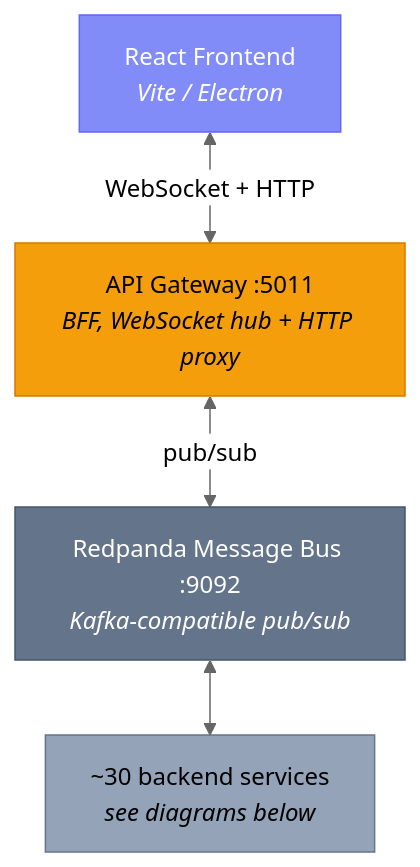
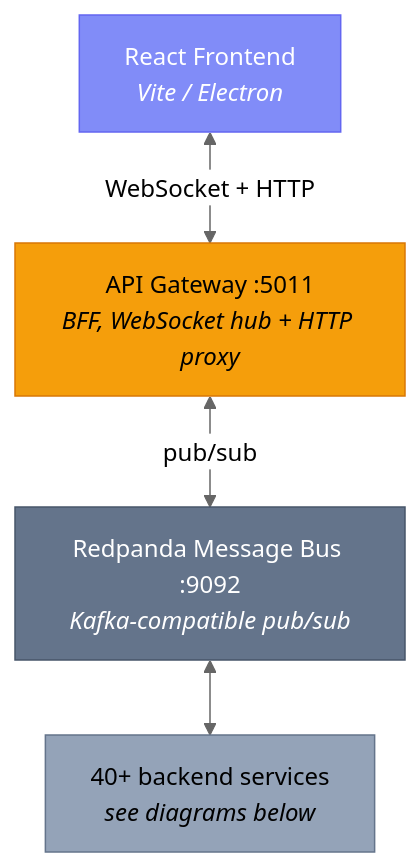
One commit to milesburton/veta-trading-platform changed the second of 8 diagrams in docs/site/src/content/docs/platform/architecture.md. Above: the diagram before and after it, drawn with Mermaid (neutral theme). The commit also changed 3 other files, not shown here.

Commit message:
docs: remove stale hard-coded counts from CI and architecture pages

````diff
--- a/docs/site/src/content/docs/platform/architecture.md
+++ b/docs/site/src/content/docs/platform/architecture.md
@@ -48,16 +48,16 @@
 ```mermaid
 graph TD
     FE["React Frontend<br/><i>Vite / Electron</i>"]:::client
     GW["API Gateway :5011<br/><i>BFF, WebSocket hub + HTTP proxy</i>"]:::gateway
     KAFKA["Redpanda Message Bus :9092<br/><i>Kafka-compatible pub/sub</i>"]:::bus
-    SVCS["~30 backend services<br/><i>see diagrams below</i>"]:::support
+    SVCS["40+ backend services<br/><i>see diagrams below</i>"]:::support
 
     FE <-->|"WebSocket + HTTP"| GW
     GW <-->|"pub/sub"| KAFKA
     KAFKA <--> SVCS
 
     classDef client fill:#818cf8,stroke:#6366f1,color:#fff
     classDef gateway fill:#f59e0b,stroke:#d97706,color:#000
     classDef bus fill:#64748b,stroke:#475569,color:#fff
     classDef support fill:#94a3b8,stroke:#64748b,color:#000
 ```
````
